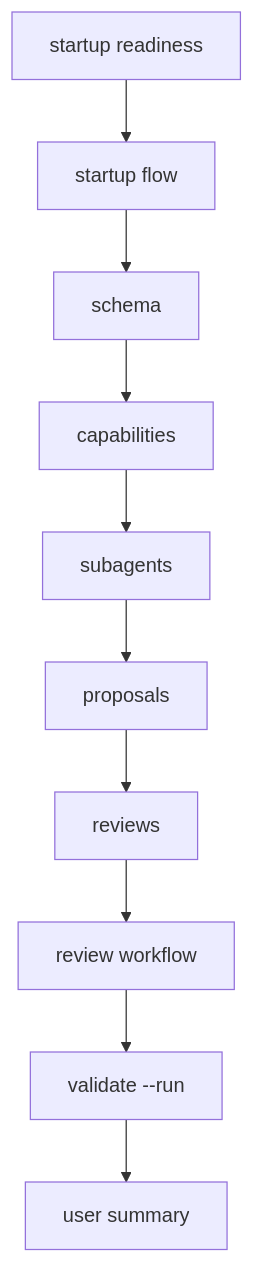
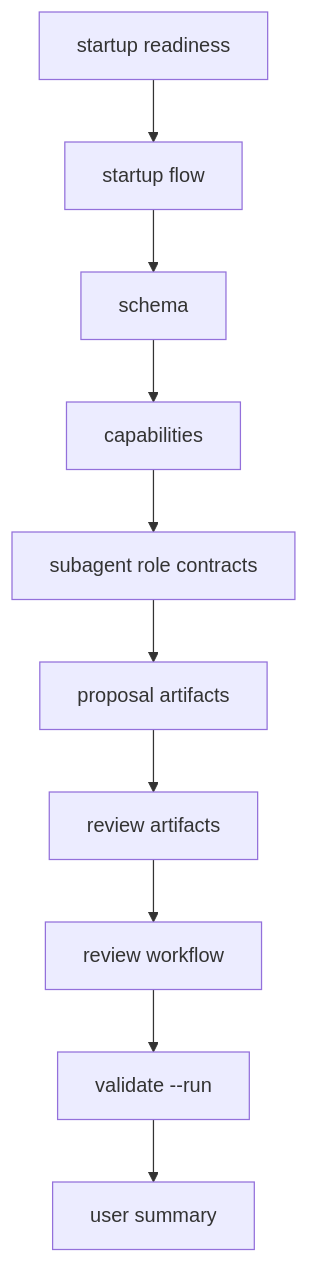
Before and after one commit to ProfRandom92/Comptext-cli: the second of 2 diagrams in README.md, drawn with Mermaid. The commit also changed other lines of this file, not shown here.

````diff
--- a/README.md
+++ b/README.md
@@ -78,12 +179,12 @@
 ```mermaid
 flowchart TD
     readiness["startup readiness"] --> flow["startup flow"]
     flow --> schema["schema"]
     schema --> capabilities["capabilities"]
-    capabilities --> subagents["subagents"]
-    subagents --> proposals["proposals"]
-    proposals --> reviews["reviews"]
+    capabilities --> subagents["subagent role contracts"]
+    subagents --> proposals["proposal artifacts"]
+    proposals --> reviews["review artifacts"]
     reviews --> workflow["review workflow"]
     workflow --> validate["validate --run"]
     validate --> summary["user summary"]
 ```
````
